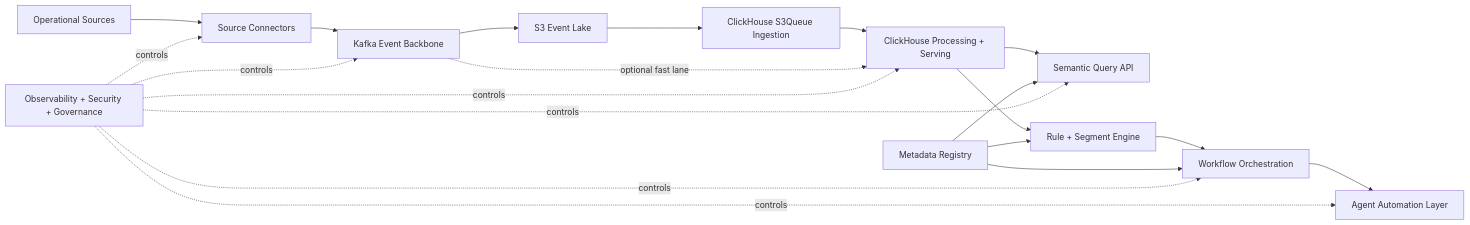
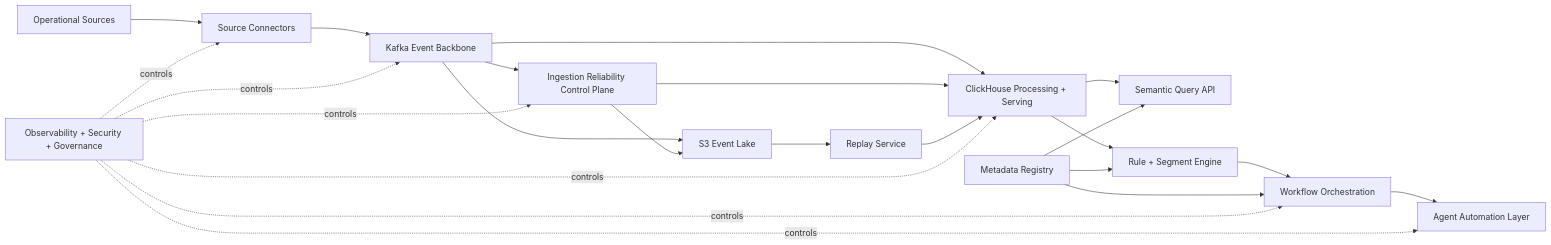
Before and after one commit to harshavardhan-99/-SQL-Engine-: the diagram in docs/lld/README.md, drawn with Mermaid. The commit also changed 7 other files, not shown here.

Commit message:
Rearchitect docs to parallel ingestion with reliability controls

````diff
--- a/docs/lld/README.md
+++ b/docs/lld/README.md
@@ -20,22 +21,28 @@
 ```mermaid
 flowchart LR
   Sources["Operational Sources"] --> Connectors["Source Connectors"]
   Connectors --> Kafka["Kafka Event Backbone"]
+  Kafka --> CH["ClickHouse Processing + Serving"]
   Kafka --> S3["S3 Event Lake"]
-  S3 --> S3Queue["ClickHouse S3Queue Ingestion"]
-  S3Queue --> CH["ClickHouse Processing + Serving"]
-  Kafka -.optional fast lane.-> CH
+  Kafka --> Reliability["Ingestion Reliability Control Plane"]
+  Reliability --> CH
+  Reliability --> S3
+  S3 --> Replay["Replay Service"]
+  Replay --> CH
+
   CH --> Semantic["Semantic Query API"]
   CH --> RuleSeg["Rule + Segment Engine"]
   RuleSeg --> Workflow["Workflow Orchestration"]
   Workflow --> Agents["Agent Automation Layer"]
+
   Metadata["Metadata Registry"] --> Semantic
   Metadata --> RuleSeg
   Metadata --> Workflow
+
   ObsSec["Observability + Security + Governance"] -.controls.-> Connectors
   ObsSec -.controls.-> Kafka
   ObsSec -.controls.-> CH
-  ObsSec -.controls.-> Semantic
+  ObsSec -.controls.-> Reliability
   ObsSec -.controls.-> Workflow
   ObsSec -.controls.-> Agents
 ```
````
